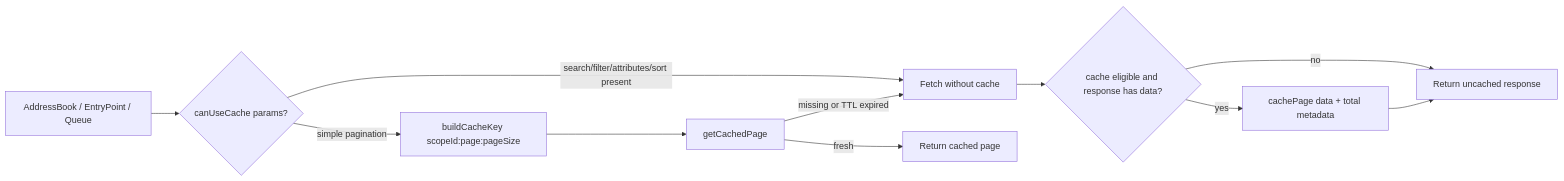
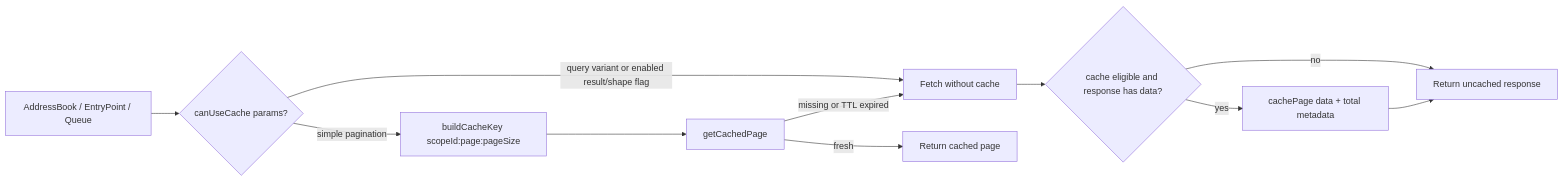
One commit to webex/webex-js-sdk changed the first of 6 diagrams in packages/@webex/contact-center/src/utils/ai-docs/utils-spec.md. Above: the diagram before and after it, drawn with Mermaid. The commit also changed other lines of this file and 45 other files, not shown here.

````diff
--- a/packages/@webex/contact-center/src/utils/ai-docs/utils-spec.md
+++ b/packages/@webex/contact-center/src/utils/ai-docs/utils-spec.md
@@ -117,13 +117,13 @@
 ```mermaid
 flowchart LR
   Service[AddressBook / EntryPoint / Queue] --> Eligible{canUseCache params?}
-  Eligible -->|search/filter/attributes/sort present| Backend[Fetch without cache]
+  Eligible -->|query variant or enabled result/shape flag| Backend[Fetch without cache]
   Eligible -->|simple pagination| Key[buildCacheKey scopeId:page:pageSize]
   Key --> Lookup[getCachedPage]
   Lookup -->|fresh| Hit[Return cached page]
   Lookup -->|missing or TTL expired| Backend
   Backend --> Fetched{cache eligible and response has data?}
   Fetched -->|yes| Store[cachePage data + total metadata]
   Fetched -->|no| Result[Return uncached response]
   Store --> Result
 ```
````
